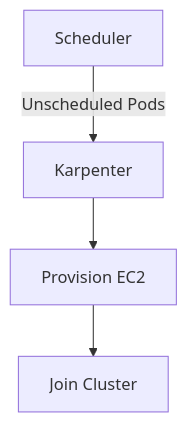
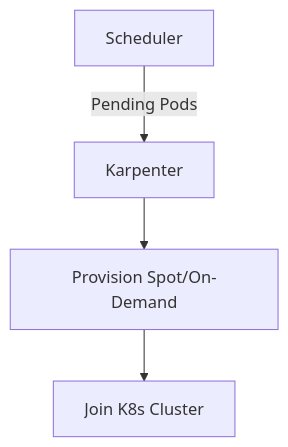
Diagram 12 of 30 in README.md (Devopstrio/hybrid-kubernetes-pattern), drawn with Mermaid before and after one commit. The commit also changed other lines of this file, not shown here.

Commit message:
docs: finalize premium institutional-grade README with 30+ diagrams and executive summary

````diff
--- a/README.md
+++ b/README.md
@@ -129,6 +172,6 @@
 ```mermaid
 graph TD
-    S[Scheduler] -->|Unscheduled Pods| K[Karpenter]
-    K --> EC2[Provision EC2]
-    EC2 --> Node[Join Cluster]
+    S[Scheduler] -->|Pending Pods| K[Karpenter]
+    K --> EC2[Provision Spot/On-Demand]
+    EC2 --> Node[Join K8s Cluster]
 ```
````
